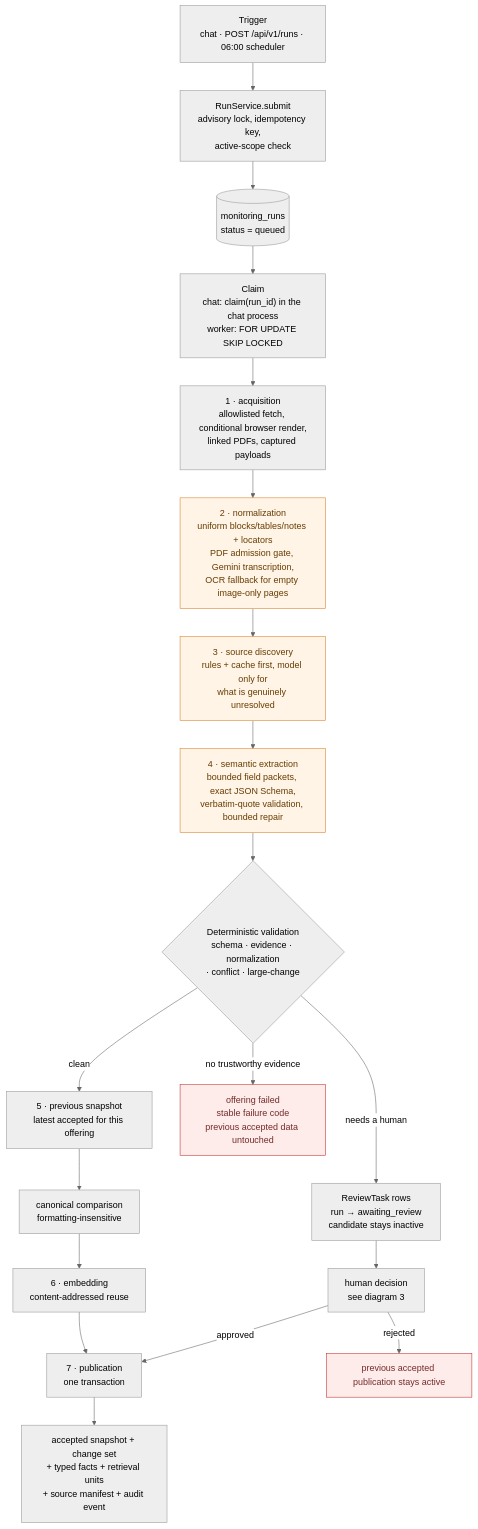
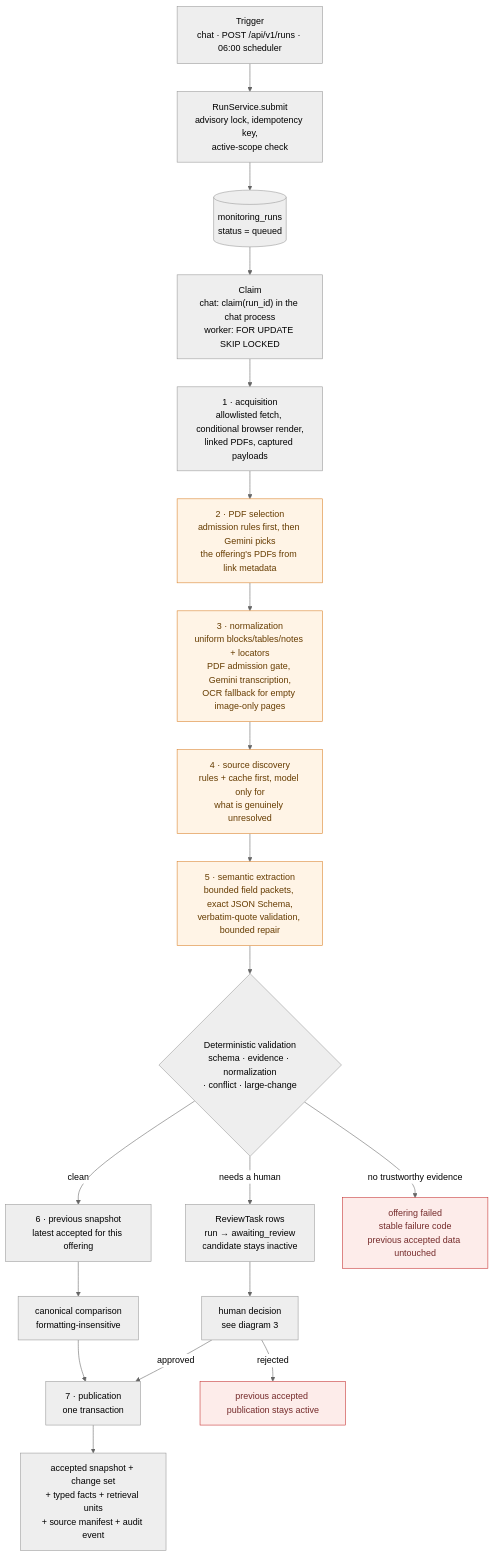
Before and after one commit to celineFar/bank-tariff-monitoring-agent: the second of 4 diagrams in docs/architecture-diagram.md, drawn with Mermaid (neutral theme). The commit also changed other lines of this file and 16 other files, not shown here.

````diff
--- a/docs/architecture-diagram.md
+++ b/docs/architecture-diagram.md
@@ -106,35 +113,35 @@
 ```mermaid
 flowchart TD
     TRIG["Trigger<br/>chat · POST /api/v1/runs · 06:00 scheduler"]
     SUBMIT["RunService.submit<br/>advisory lock, idempotency key,<br/>active-scope check"]
     Q[("monitoring_runs<br/>status = queued")]
     CLAIM["Claim<br/>chat: claim(run_id) in the chat process<br/>worker: FOR UPDATE SKIP LOCKED"]
 
     S1["1 · acquisition<br/>allowlisted fetch, conditional browser render,<br/>linked PDFs, captured payloads"]
-    S2["2 · normalization<br/>uniform blocks/tables/notes + locators<br/>PDF admission gate, Gemini transcription,<br/>OCR fallback for empty image-only pages"]
-    S3["3 · source discovery<br/>rules + cache first, model only for<br/>what is genuinely unresolved"]
-    S4["4 · semantic extraction<br/>bounded field packets, exact JSON Schema,<br/>verbatim-quote validation, bounded repair"]
-    S5["5 · previous snapshot<br/>latest accepted for this offering"]
-    S6["6 · embedding<br/>content-addressed reuse"]
+    S2["2 · PDF selection<br/>admission rules first, then Gemini picks<br/>the offering's PDFs from link metadata"]
+    S3["3 · normalization<br/>uniform blocks/tables/notes + locators<br/>PDF admission gate, Gemini transcription,<br/>OCR fallback for empty image-only pages"]
+    S4["4 · source discovery<br/>rules + cache first, model only for<br/>what is genuinely unresolved"]
+    S5["5 · semantic extraction<br/>bounded field packets, exact JSON Schema,<br/>verbatim-quote validation, bounded repair"]
+    S6["6 · previous snapshot<br/>latest accepted for this offering"]
     S7["7 · publication<br/>one transaction"]
     VAL{"Deterministic validation<br/>schema · evidence · normalization<br/>· conflict · large-change"}
 
     TRIG --> SUBMIT --> Q --> CLAIM --> S1
-    S1 --> S2 --> S3 --> S4 --> VAL
-    VAL -->|clean| S5
+    S1 --> S2 --> S3 --> S4 --> S5 --> VAL
+    VAL -->|clean| S6
     VAL -->|needs a human| REV["ReviewTask rows<br/>run → awaiting_review<br/>candidate stays inactive"]
     VAL -->|no trustworthy evidence| FAIL["offering failed<br/>stable failure code<br/>previous accepted data untouched"]
 
-    S5 --> DIFF["canonical comparison<br/>formatting-insensitive"]
-    DIFF --> S6 --> S7
+    S6 --> DIFF["canonical comparison<br/>formatting-insensitive"]
+    DIFF --> S7
     S7 --> OUT["accepted snapshot + change set<br/>+ typed facts + retrieval units<br/>+ source manifest + audit event"]
 
     REV --> HUMAN["human decision<br/>see diagram 3"]
     HUMAN -->|approved| S7
     HUMAN -->|rejected| KEEP["previous accepted publication stays active"]
 
     classDef modelStage fill:#fff4e6,stroke:#d9822b,color:#663c00
     classDef bad fill:#fdecea,stroke:#c53030,color:#742a2a
-    class S2,S3,S4 modelStage
+    class S2,S3,S4,S5 modelStage
     class FAIL,KEEP bad
 ```
````
